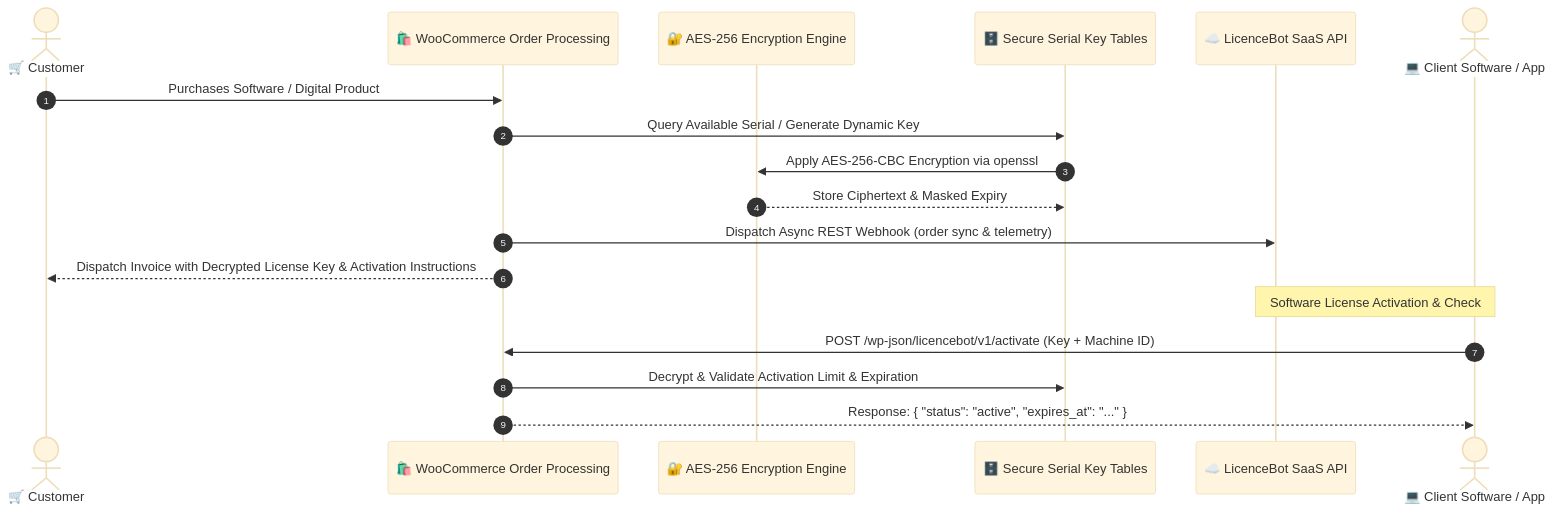
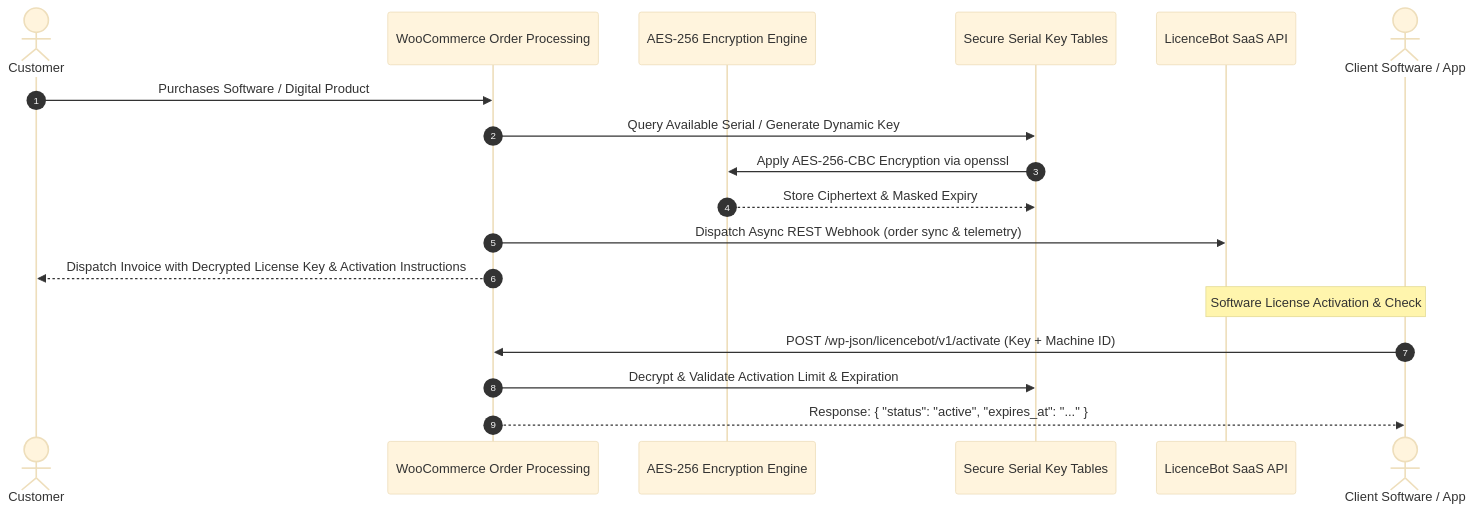
Before and after one commit to alramim07/LicenceBot-Helper-Plugin: the diagram in README.md, drawn with Mermaid (base theme). The commit also changed other lines of this file, not shown here.

````diff
--- a/README.md
+++ b/README.md
@@ -15,22 +15,22 @@
 ```mermaid
 sequenceDiagram
     autonumber
-    actor Customer as 🛒 Customer
-    participant WC as 🛍️ WooCommerce Order Processing
-    participant Enc as 🔐 AES-256 Encryption Engine
-    participant DB as 🗄️ Secure Serial Key Tables
-    participant Cloud as ☁️ LicenceBot SaaS API
-    actor Software as 💻 Client Software / App
+    actor Customer as Customer
+    participant WC as WooCommerce Order Processing
+    participant Enc as AES-256 Encryption Engine
+    participant DB as Secure Serial Key Tables
+    participant Cloud as LicenceBot SaaS API
+    actor Software as Client Software / App
 
     Customer->>WC: Purchases Software / Digital Product
     WC->>DB: Query Available Serial / Generate Dynamic Key
     DB->>Enc: Apply AES-256-CBC Encryption via openssl
     Enc-->>DB: Store Ciphertext & Masked Expiry
     WC->>Cloud: Dispatch Async REST Webhook (order sync & telemetry)
     WC-->>Customer: Dispatch Invoice with Decrypted License Key & Activation Instructions
 
     Note over Software,Cloud: Software License Activation & Check
     Software->>WC: POST /wp-json/licencebot/v1/activate (Key + Machine ID)
     WC->>DB: Decrypt & Validate Activation Limit & Expiration
     WC-->>Software: Response: { "status": "active", "expires_at": "..." }
 ```
````
